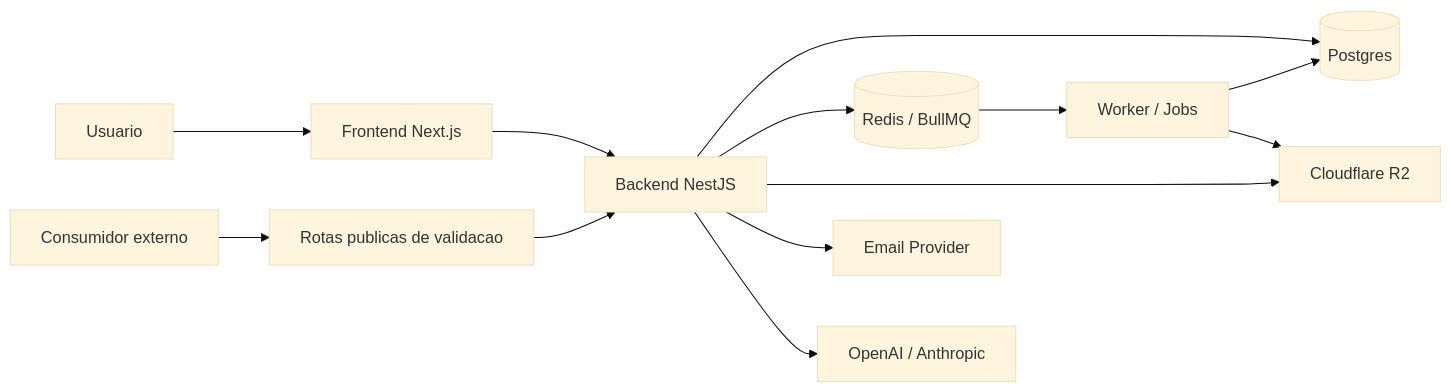
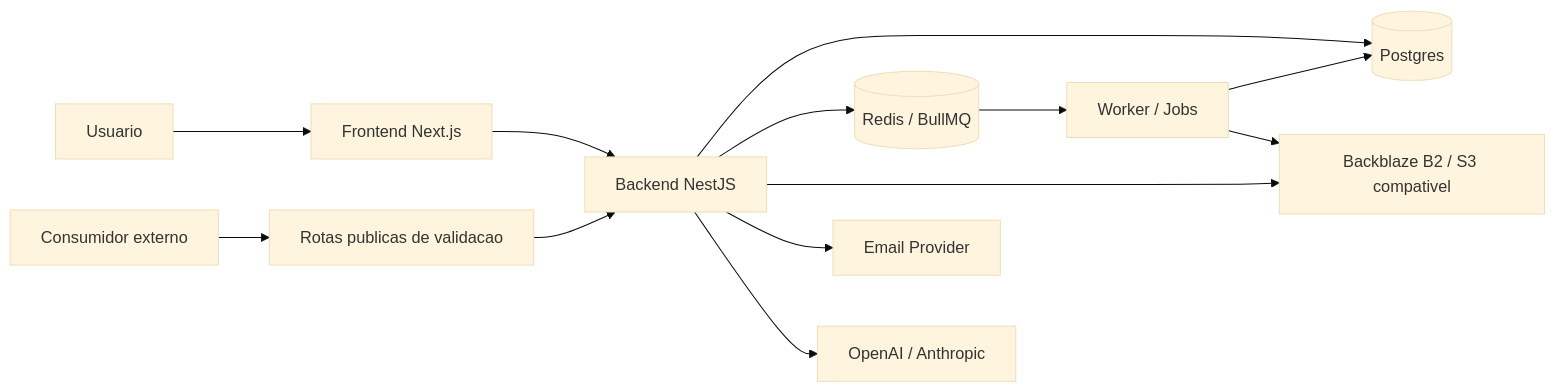
The diagram in docs/consulta-rapida/arquitetura-e-rotas.md (complianceX/sgsseguranca), drawn with Mermaid (base theme) before and after one commit. The commit also changed other lines of this file and 2168 other files, not shown here.

````diff
--- a/docs/consulta-rapida/arquitetura-e-rotas.md
+++ b/docs/consulta-rapida/arquitetura-e-rotas.md
@@ -46,15 +46,15 @@
 ```mermaid
 flowchart LR
     U[Usuario] --> FE[Frontend Next.js]
     FE --> API[Backend NestJS]
     API --> PG[(Postgres)]
     API --> REDIS[(Redis / BullMQ)]
-    API --> R2[Cloudflare R2]
+    API --> R2[Backblaze B2 / S3 compativel]
     API --> MAIL[Email Provider]
     API --> AI[OpenAI / Anthropic]
     REDIS --> WORKER[Worker / Jobs]
     WORKER --> PG
     WORKER --> R2
     PUB[Consumidor externo] --> PUBLIC[Rotas publicas de validacao]
     PUBLIC --> API
 ```
````
